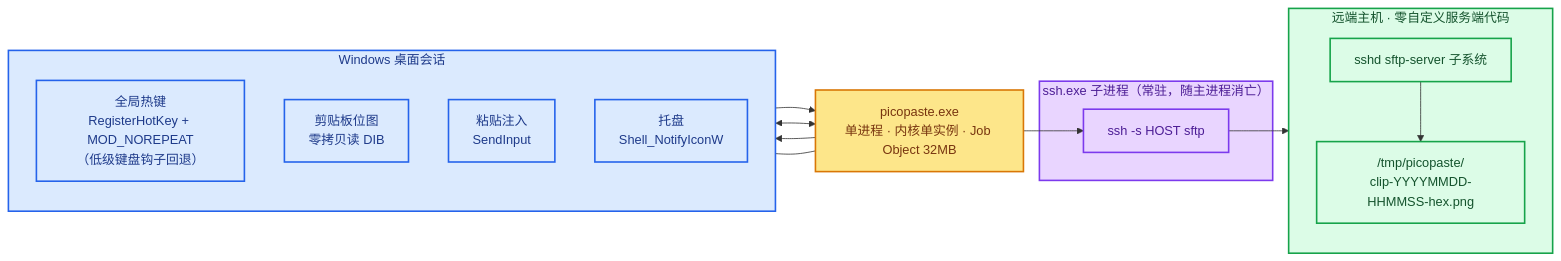
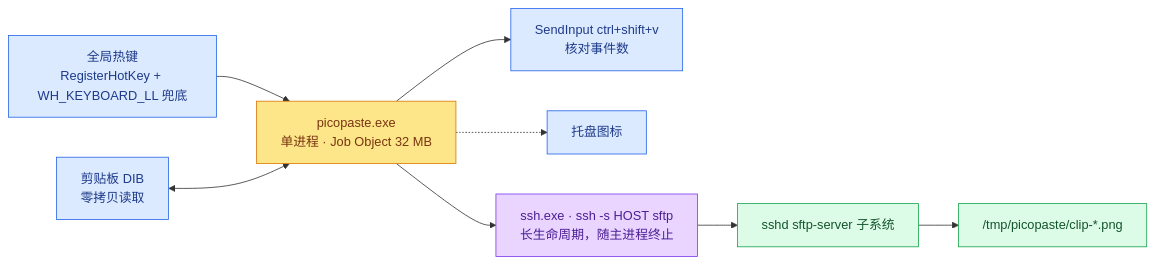
One commit to DeguiLiu/picopaste changed the first of 3 diagrams in README_zh.md. Above: the diagram before and after it, drawn with Mermaid. The commit also changed other lines of this file and 1 other file, not shown here.

First line of the commit message:
story-docs(dm): rewrite both READMEs around modules, architecture and usage

````diff
--- a/README_zh.md
+++ b/README_zh.md
@@ -19,39 +13,22 @@
 ```mermaid
 flowchart LR
-  subgraph WIN["Windows 桌面会话"]
-    direction TB
-    HK["全局热键<br/>RegisterHotKey + MOD_NOREPEAT<br/>（低级键盘钩子回退）"]
-    CL["剪贴板位图<br/>零拷贝读 DIB"]
-    IN["粘贴注入<br/>SendInput"]
-    TR["托盘<br/>Shell_NotifyIconW"]
-  end
-
-  PP["picopaste.exe<br/>单进程 · 内核单实例 · Job Object 32MB"]
-
-  subgraph CH["ssh.exe 子进程（常驻，随主进程消亡）"]
-    SS["ssh -s HOST sftp"]
-  end
-
-  subgraph REM["远端主机 · 零自定义服务端代码"]
-    direction TB
-    SF["sshd sftp-server 子系统"]
-    UP["/tmp/picopaste/<br/>clip-YYYYMMDD-HHMMSS-hex.png"]
-  end
-
+  HK["全局热键<br/>RegisterHotKey + WH_KEYBOARD_LL 兜底"]:::win
+  CL["剪贴板 DIB<br/>零拷贝读取"]:::win
+  IN["SendInput ctrl+shift+v<br/>核对事件数"]:::win
+  TR["托盘图标"]:::win
+  PP["picopaste.exe<br/>单进程 · Job Object 32 MB"]:::core
+  SS["ssh.exe · ssh -s HOST sftp<br/>长生命周期，随主进程终止"]:::chan
+  SF["sshd sftp-server 子系统"]:::rem
+  RF["/tmp/picopaste/clip-*.png"]:::rem
   HK --> PP
   CL <--> PP
   PP --> IN
-  PP --- TR
+  PP -.-> TR
   PP --> SS
   SS --> SF
-  SF --> UP
-
-  classDef win fill:#dbeafe,stroke:#2563eb,stroke-width:2px,color:#1e3a8a
-  classDef core fill:#fde68a,stroke:#d97706,stroke-width:2px,color:#78350f
-  classDef chan fill:#e9d5ff,stroke:#7c3aed,stroke-width:2px,color:#4c1d95
-  classDef rem fill:#dcfce7,stroke:#16a34a,stroke-width:2px,color:#14532d
-  class WIN,HK,CL,IN,TR win
-  class PP core
-  class CH,SS chan
-  class REM,SF,UP rem
+  SF --> RF
+  classDef win fill:#dbeafe,stroke:#2563eb,color:#1e3a8a
+  classDef core fill:#fde68a,stroke:#d97706,color:#78350f
+  classDef chan fill:#e9d5ff,stroke:#7c3aed,color:#4c1d95
+  classDef rem fill:#dcfce7,stroke:#16a34a,color:#14532d
 ```
````
